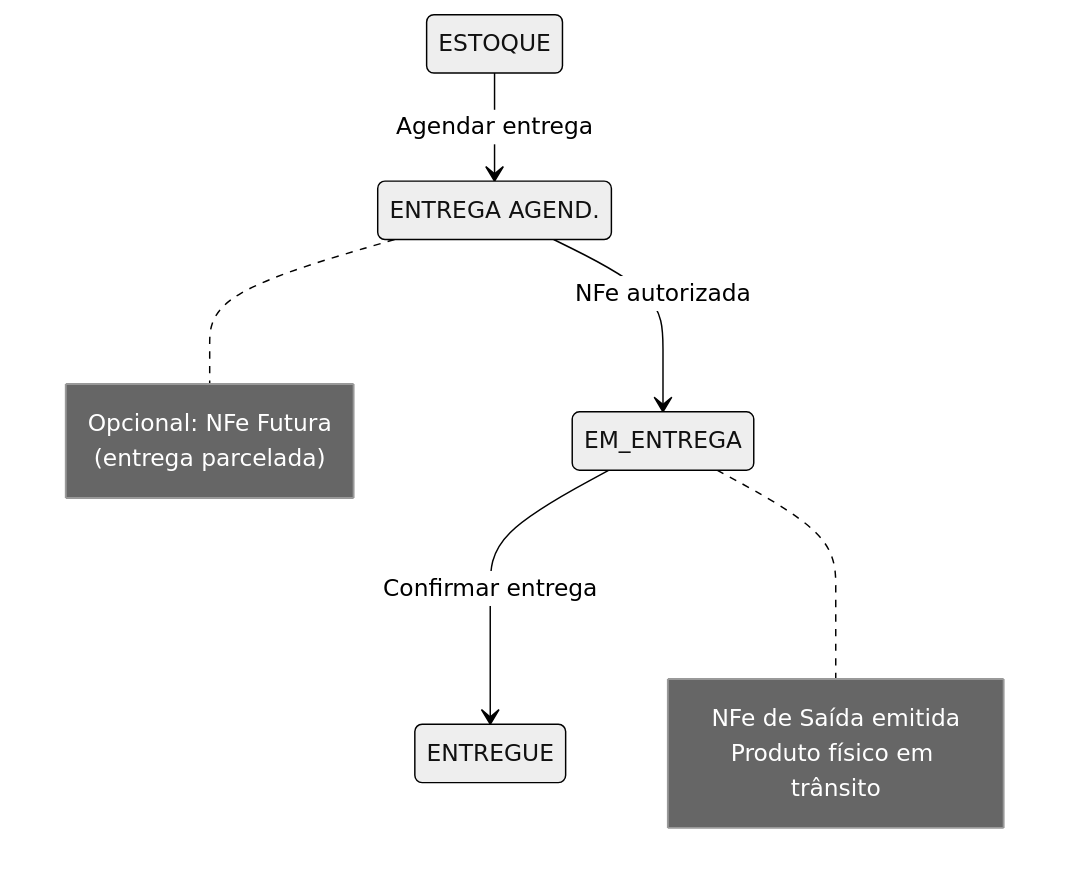
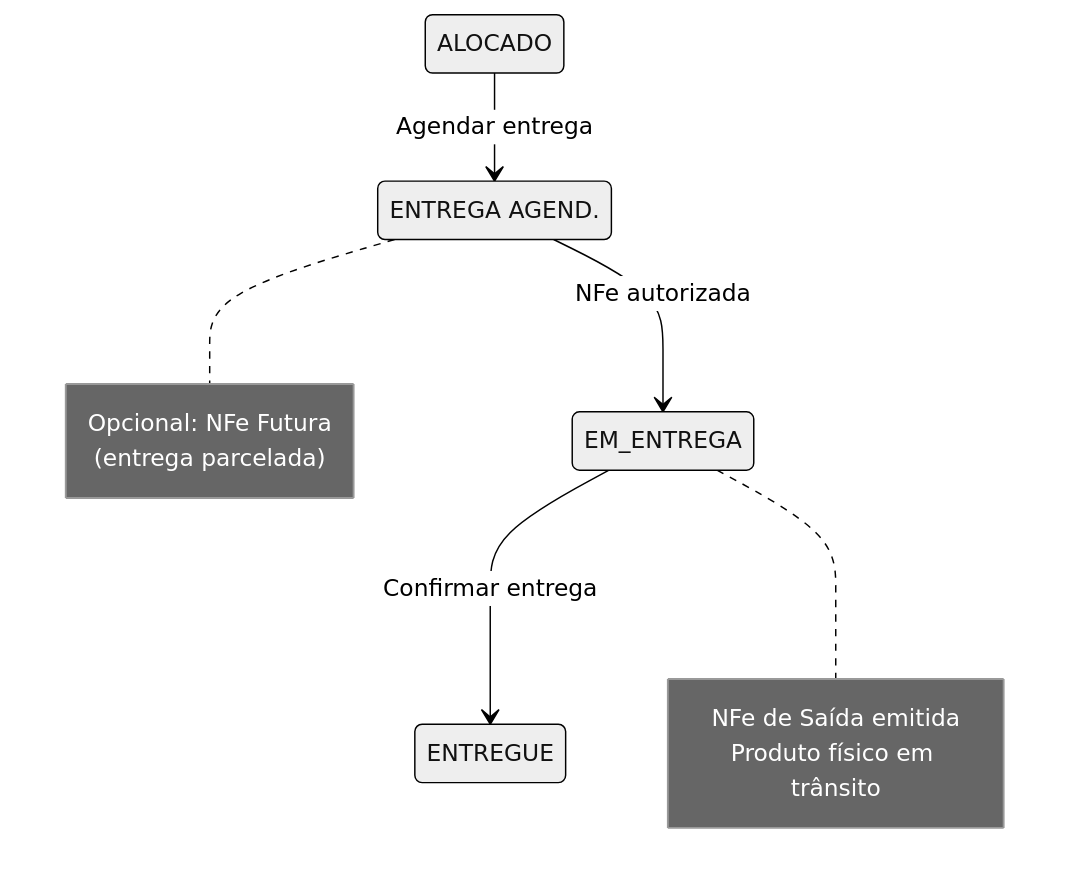
Before and after one commit to darktorres/ERP-STACCATO: the second of 3 diagrams in .claude/next-gen/04-arquitetura/modulos/logistica.md, drawn with Mermaid (neutral theme). The commit also changed other lines of this file, not shown here.

````diff
--- a/.claude/next-gen/04-arquitetura/modulos/logistica.md
+++ b/.claude/next-gen/04-arquitetura/modulos/logistica.md
@@ -90,18 +90,18 @@
 ```mermaid
 stateDiagram-v2
-    ESTOQUE --> ENTREGA_AGEND : Agendar entrega
+    ALOCADO --> ENTREGA_AGEND : Agendar entrega
     ENTREGA_AGEND --> EM_ENTREGA : NFe autorizada
     EM_ENTREGA --> ENTREGUE : Confirmar entrega
 
     state "ENTREGA AGEND." as ENTREGA_AGEND
 
     note right of ENTREGA_AGEND
         Opcional: NFe Futura
         (entrega parcelada)
     end note
 
     note right of EM_ENTREGA
         NFe de Saída emitida
         Produto físico em trânsito
     end note
 ```
````
